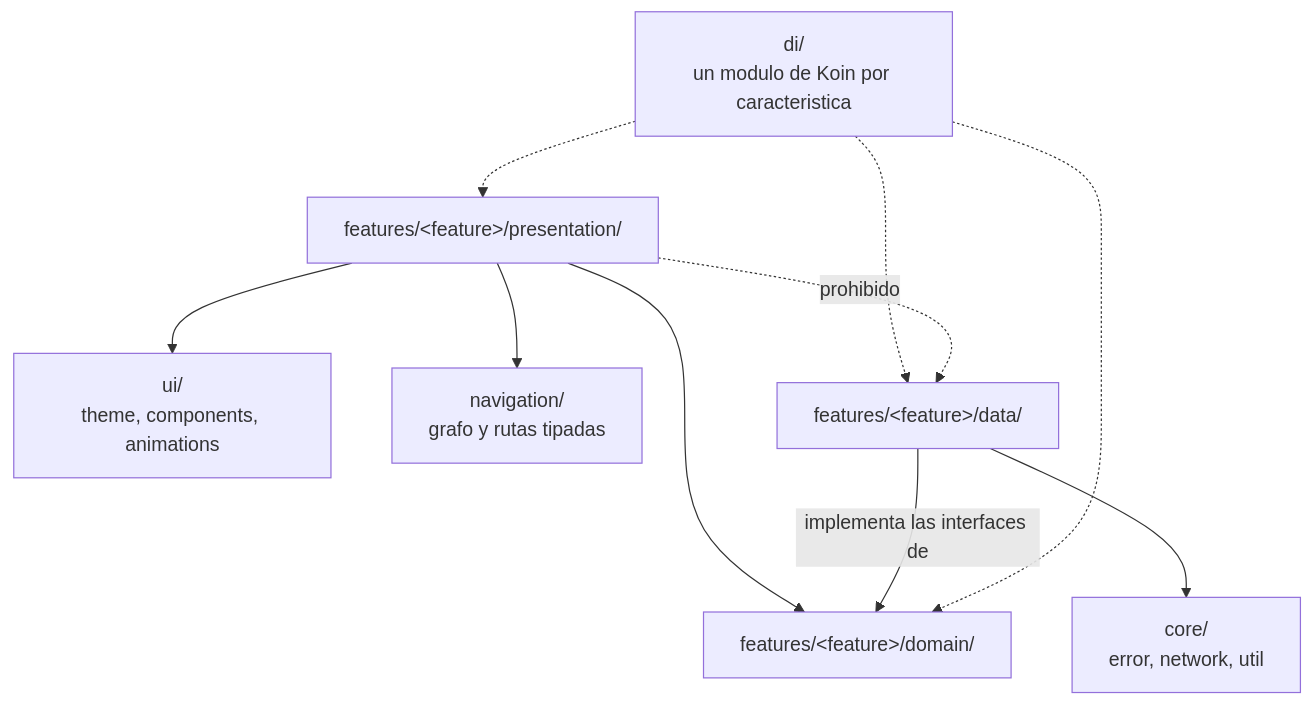
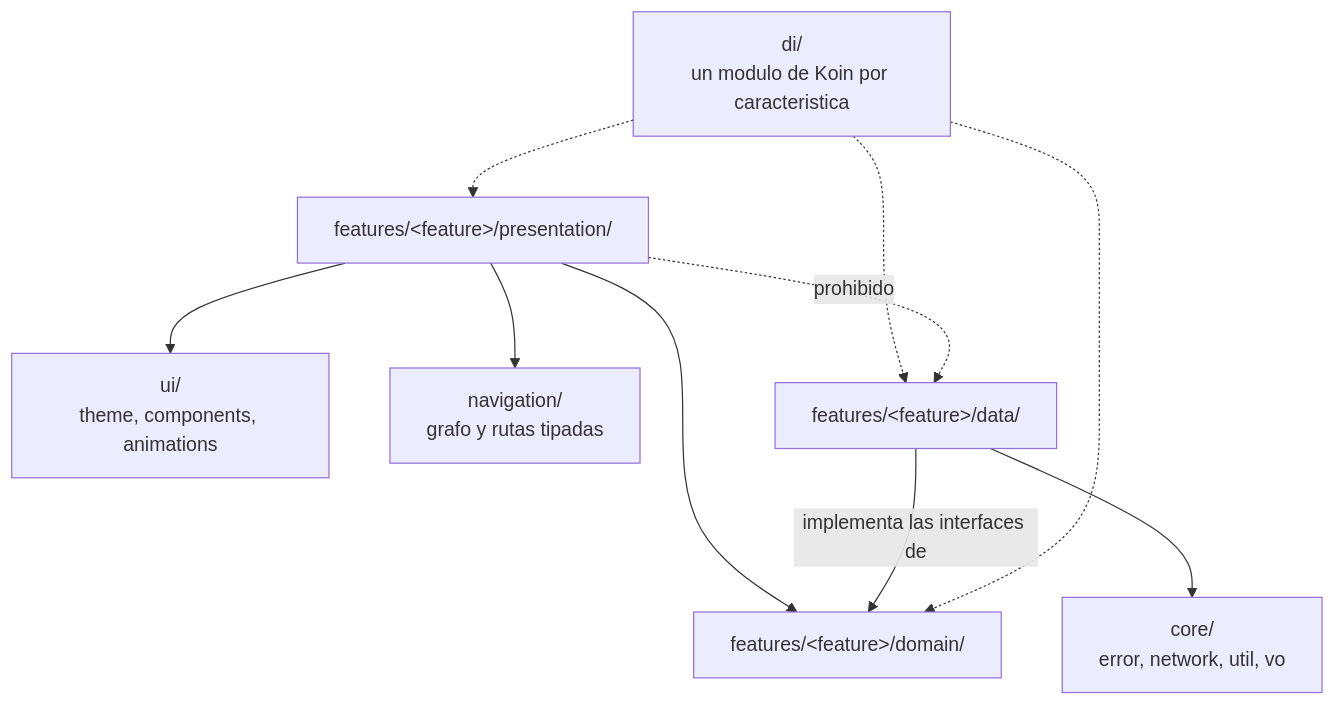
The first of 2 diagrams in docs/architecture/packages.md (christian-ledezma/salud-en-casa), drawn with Mermaid before and after one commit. The commit also changed other lines of this file and 4 other files, not shown here.

````diff
--- a/docs/architecture/packages.md
+++ b/docs/architecture/packages.md
@@ -17,23 +17,23 @@
 ```mermaid
 flowchart TB
     di["di/<br/>un modulo de Koin por caracteristica"]
     ui["ui/<br/>theme, components, animations"]
     navigation["navigation/<br/>grafo y rutas tipadas"]
-    core["core/<br/>error, network, util"]
+    core["core/<br/>error, network, util, vo"]
 
     presentation["features/&lt;feature&gt;/presentation/"]
     domain["features/&lt;feature&gt;/domain/"]
     data["features/&lt;feature&gt;/data/"]
 
     presentation --> domain
     data -- "implementa las interfaces de" --> domain
     presentation --> ui
     presentation --> navigation
     data --> core
 
     di -.-> presentation
     di -.-> domain
     di -.-> data
 
     presentation -. "prohibido" .-> data
 ```
````
